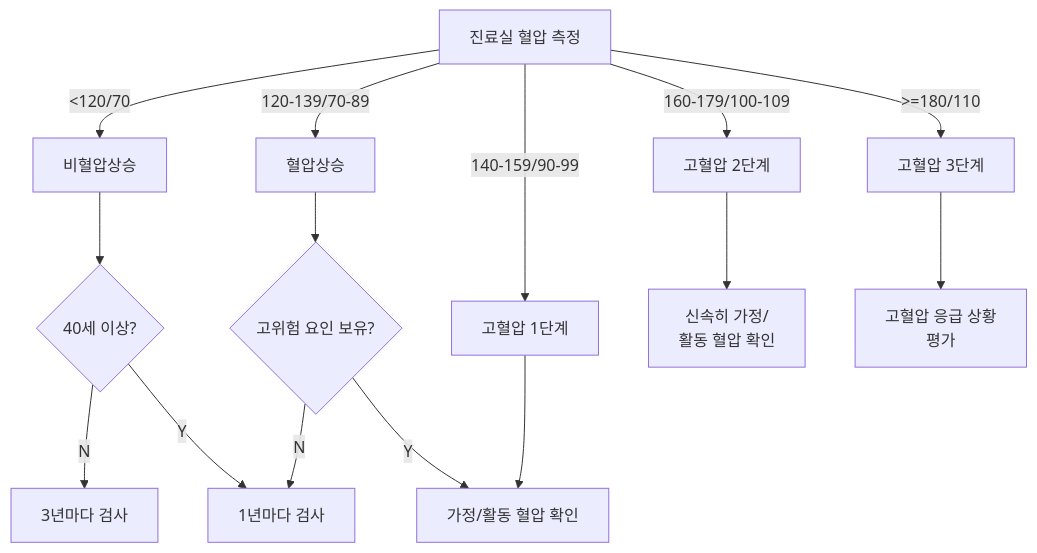
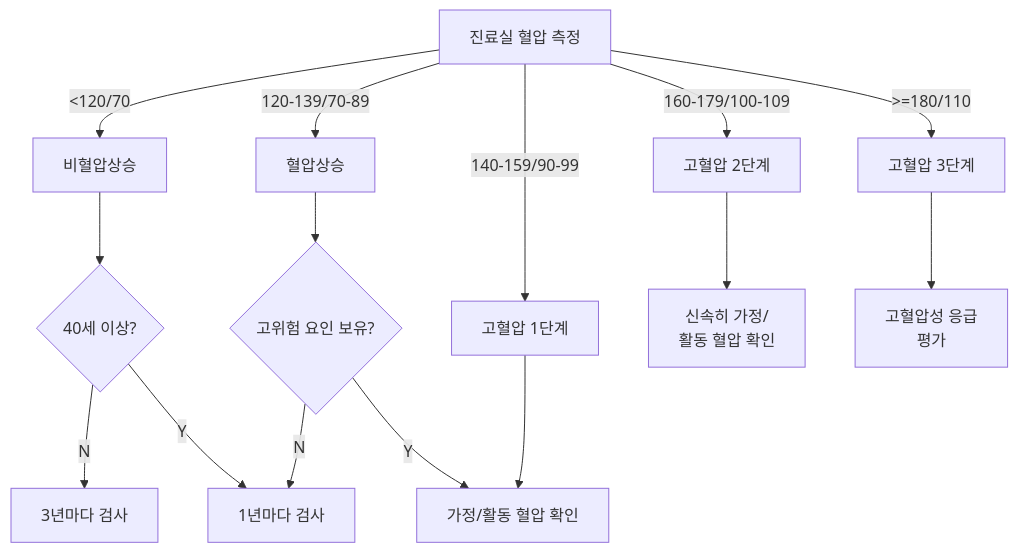
Before and after one commit to familyoh77/familyoh77: the first of 10 diagrams in 225_/095_-hypertension.md, drawn with Mermaid. The commit also changed other lines of this file, not shown here.

````diff
--- a/225_/095_-hypertension.md
+++ b/225_/095_-hypertension.md
@@ -186,22 +205,22 @@
 ```mermaid
 graph TD
 B[진료실 혈압 측정]
     
     B -->|"<120/70"| C[비혈압상승]
     B -->|120-139/70-89| D[혈압상승]
     B -->|140-159/90-99| E[고혈압 1단계]
     B -->|160-179/100-109| F[고혈압 2단계]
     B -->|">=180/110"| G[고혈압 3단계]
     
     C --> H{40세 이상?}
     H -->|N| I[3년마다 검사]
     H -->|Y| J[1년마다 검사]
     
     D --> K{고위험 요인 보유?}
     K -->|N| J
     K -->|Y| L[가정/활동 혈압 확인]
     
     E --> L
     F --> M[신속히 가정/<br/>활동 혈압 확인]
-    G --> N[고혈압 응급 상황<br/> 평가]
+    G --> N[고혈압성 응급<br/> 평가]
 ```
````
